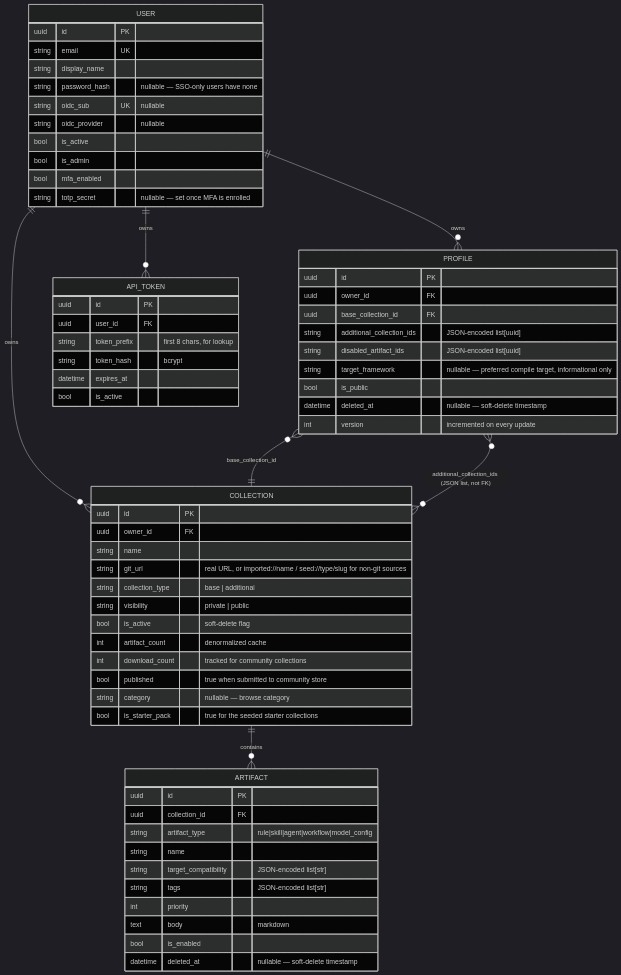
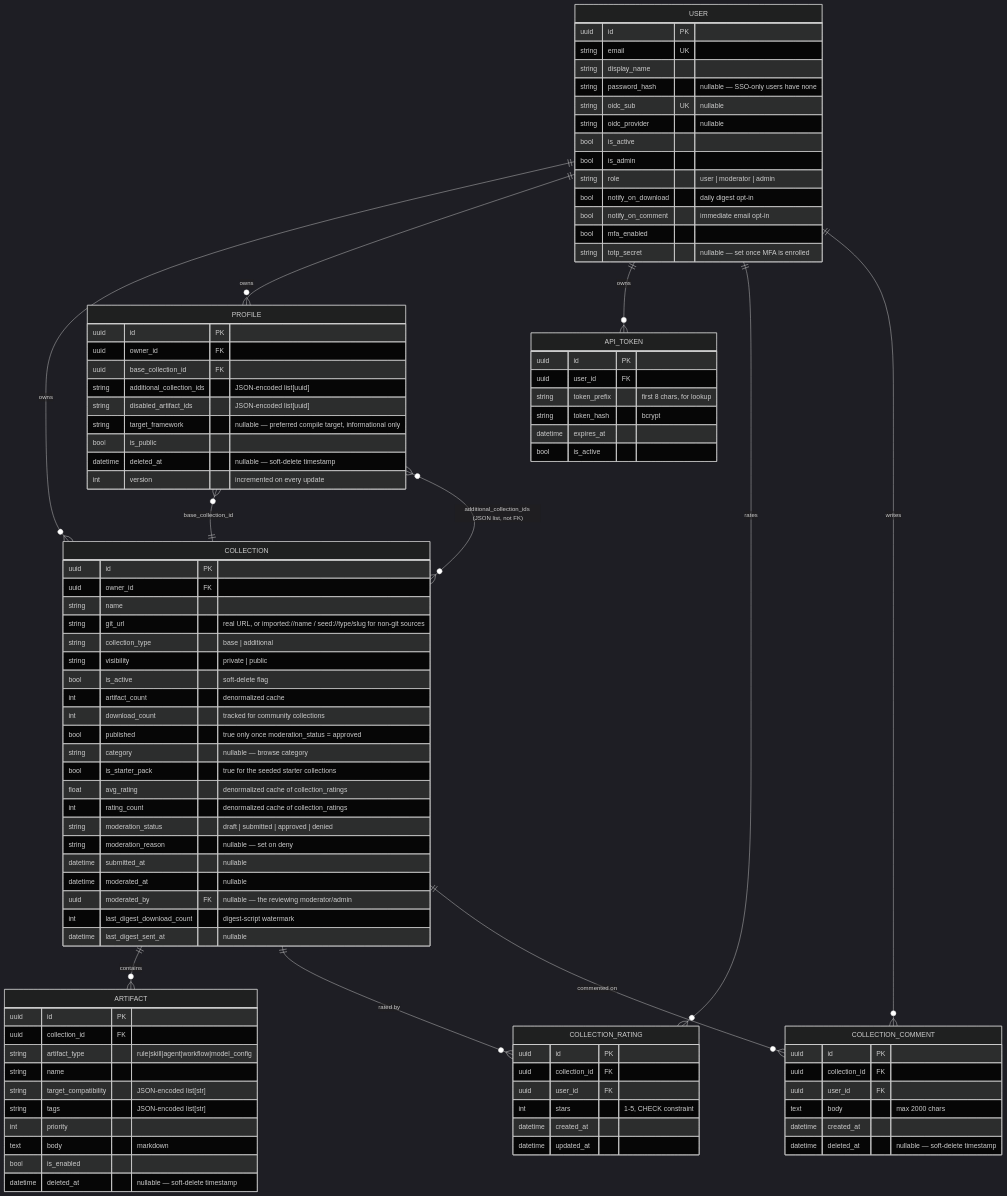
The diagram in docs/data-model.md (niels-emmer/myace), drawn with Mermaid (dark theme) before and after one commit. The commit also changed other lines of this file and 56 other files, not shown here.

First line of the commit message:
Community moderation, ratings, comments, and notification preferences (#108)

````diff
--- a/docs/data-model.md
+++ b/docs/data-model.md
@@ -11,7 +11,11 @@
     USER ||--o{ COLLECTION : owns
     USER ||--o{ PROFILE : owns
     USER ||--o{ API_TOKEN : owns
+    USER ||--o{ COLLECTION_RATING : rates
+    USER ||--o{ COLLECTION_COMMENT : writes
     COLLECTION ||--o{ ARTIFACT : contains
+    COLLECTION ||--o{ COLLECTION_RATING : "rated by"
+    COLLECTION ||--o{ COLLECTION_COMMENT : "commented on"
     PROFILE }o--|| COLLECTION : "base_collection_id"
     PROFILE }o--o{ COLLECTION : "additional_collection_ids (JSON list, not FK)"
 
@@ -24,6 +28,9 @@
         string oidc_provider "nullable"
         bool is_active
         bool is_admin
+        string role "user | moderator | admin"
+        bool notify_on_download "daily digest opt-in"
+        bool notify_on_comment "immediate email opt-in"
         bool mfa_enabled
         string totp_secret "nullable — set once MFA is enrolled"
     }
@@ -37,9 +44,18 @@
         bool is_active "soft-delete flag"
         int artifact_count "denormalized cache"
         int download_count "tracked for community collections"
-        bool published "true when submitted to community store"
+        bool published "true only once moderation_status = approved"
         string category "nullable — browse category"
         bool is_starter_pack "true for the seeded starter collections"
+        float avg_rating "denormalized cache of collection_ratings"
+        int rating_count "denormalized cache of collection_ratings"
+        string moderation_status "draft | submitted | approved | denied"
+        string moderation_reason "nullable — set on deny"
+        datetime submitted_at "nullable"
+        datetime moderated_at "nullable"
+        uuid moderated_by FK "nullable — the reviewing moderator/admin"
+        int last_digest_download_count "digest-script watermark"
+        datetime last_digest_sent_at "nullable"
     }
     ARTIFACT {
         uuid id PK
@@ -72,4 +88,20 @@
         datetime expires_at
         bool is_active
     }
+    COLLECTION_RATING {
+        uuid id PK
+        uuid collection_id FK
+        uuid user_id FK
+        int stars "1-5, CHECK constraint"
+        datetime created_at
+        datetime updated_at
+    }
+    COLLECTION_COMMENT {
+        uuid id PK
+        uuid collection_id FK
+        uuid user_id FK
+        text body "max 2000 chars"
+        datetime created_at
+        datetime deleted_at "nullable — soft-delete timestamp"
+    }
 ```
````
